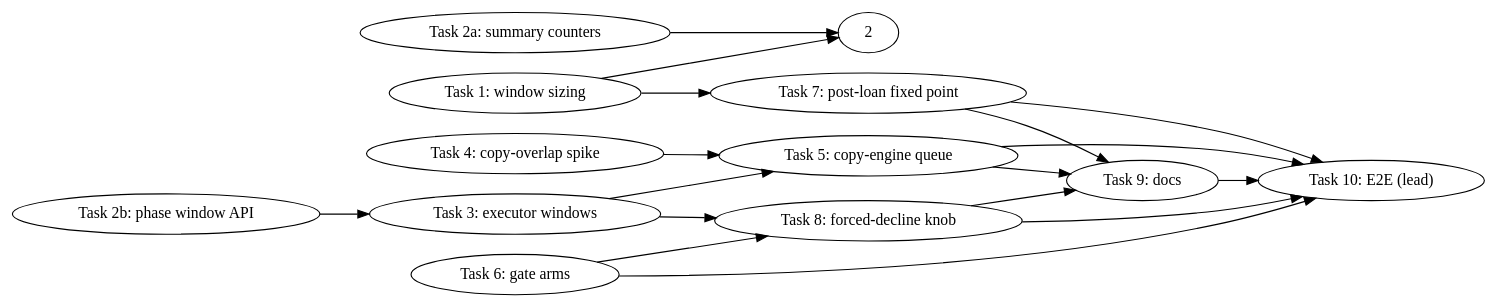
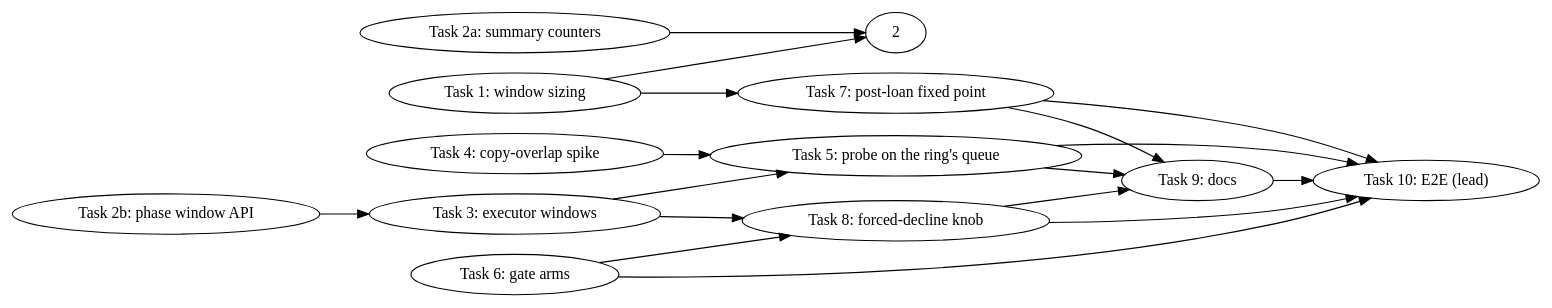
The diagram in docs/plans/2026-10-24-prefill-window-ring.md (kainlan/llama.cpp-intel-optimizations), drawn with Graphviz before and after one commit. The commit also changed other lines of this file, not shown here.

First line of the commit message:
docs: the window-ring plan drops the copy-engine queue and keeps the probe-queue alignment (Task 4 rows, llama.cpp-a2xb)

````diff
--- a/docs/plans/2026-10-24-prefill-window-ring.md
+++ b/docs/plans/2026-10-24-prefill-window-ring.md
@@ -154,19 +155,19 @@
 ```dot
 digraph dependencies {
     rankdir=LR;
     1  [label="Task 1: window sizing"];
     2a [label="Task 2a: summary counters"];
     2b [label="Task 2b: phase window API"];
     3  [label="Task 3: executor windows"];
     4  [label="Task 4: copy-overlap spike"];
-    5  [label="Task 5: copy-engine queue"];
+    5  [label="Task 5: probe on the ring's queue"];
     6  [label="Task 6: gate arms"];
     7  [label="Task 7: post-loan fixed point"];
     8  [label="Task 8: forced-decline knob"];
     9  [label="Task 9: docs"];
     10 [label="Task 10: E2E (lead)"];
     1 -> 2b; 2a -> 2b; 2b -> 3; 3 -> 5; 4 -> 5; 1 -> 7;
     3 -> 8; 6 -> 8; 5 -> 9; 7 -> 9; 8 -> 9;
     5 -> 10; 6 -> 10; 7 -> 10; 8 -> 10; 9 -> 10;
 }
 ```
````
